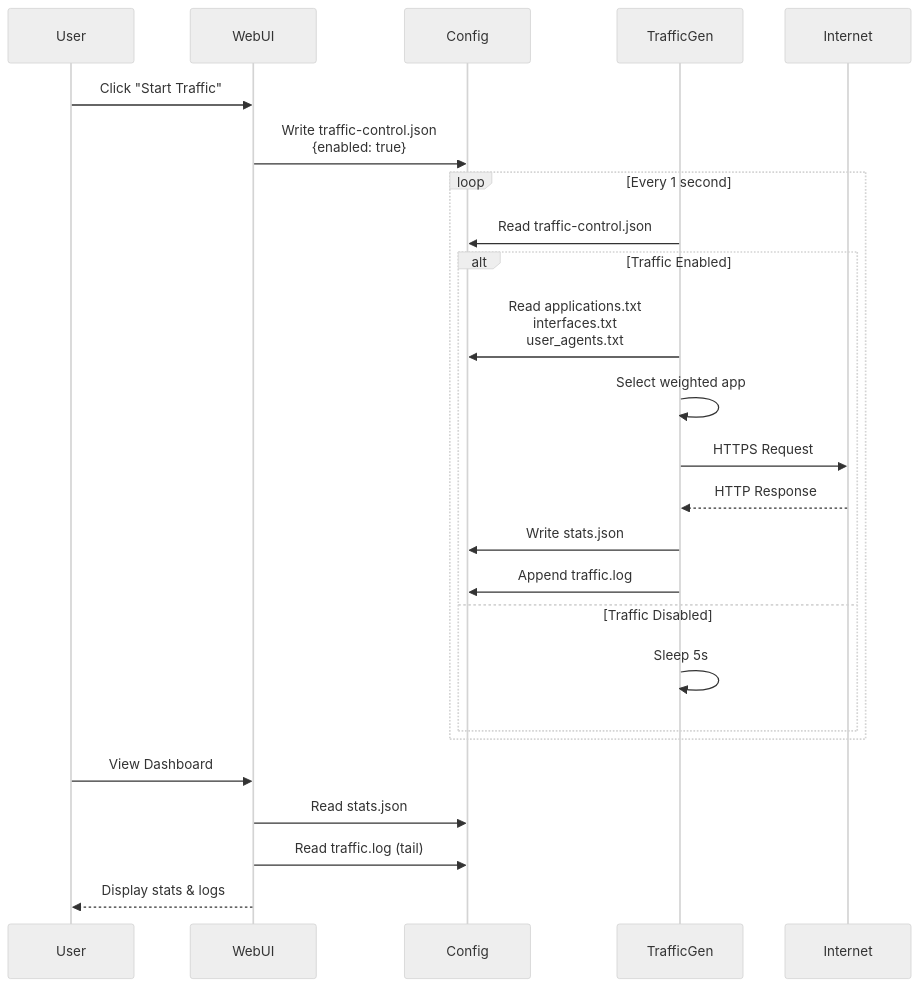
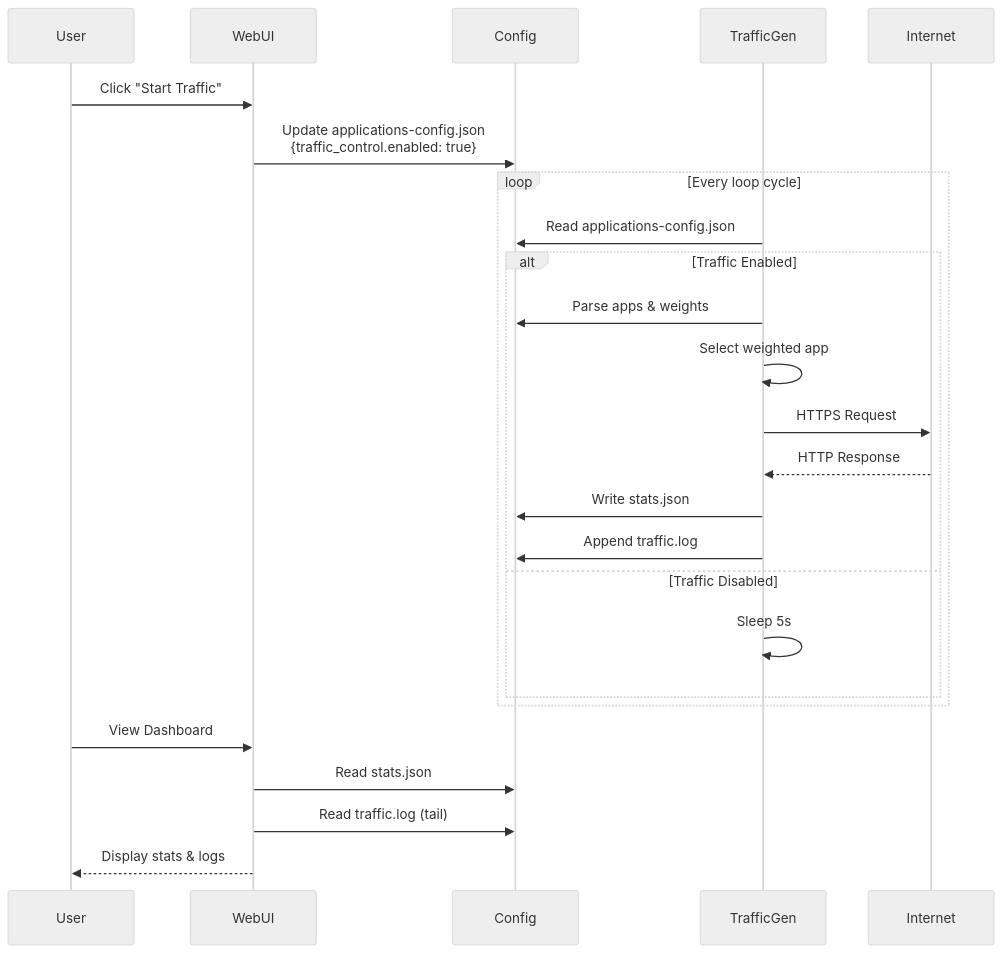
The third of 4 diagrams in SPECIFICATION.md (jsuzanne/sdwan-traffic-generator-web), drawn with Mermaid (neutral theme) before and after one commit. The commit also changed other lines of this file and 10 other files, not shown here.

````diff
--- a/SPECIFICATION.md
+++ b/SPECIFICATION.md
@@ -418,30 +427,30 @@
 ```mermaid
 sequenceDiagram
     participant User
     participant WebUI
     participant Config
     participant TrafficGen
     participant Internet
 
     User->>WebUI: Click "Start Traffic"
-    WebUI->>Config: Write traffic-control.json<br/>{enabled: true}
+    WebUI->>Config: Update applications-config.json<br/>{traffic_control.enabled: true}
     
-    loop Every 1 second
-        TrafficGen->>Config: Read traffic-control.json
+    loop Every loop cycle
+        TrafficGen->>Config: Read applications-config.json
         alt Traffic Enabled
-            TrafficGen->>Config: Read applications.txt<br/>interfaces.txt<br/>user_agents.txt
+            TrafficGen->>Config: Parse apps & weights
             TrafficGen->>TrafficGen: Select weighted app
             TrafficGen->>Internet: HTTPS Request
             Internet-->>TrafficGen: HTTP Response
             TrafficGen->>Config: Write stats.json
             TrafficGen->>Config: Append traffic.log
         else Traffic Disabled
             TrafficGen->>TrafficGen: Sleep 5s
         end
     end
     
     User->>WebUI: View Dashboard
     WebUI->>Config: Read stats.json
     WebUI->>Config: Read traffic.log (tail)
     WebUI-->>User: Display stats & logs
 ```
````
